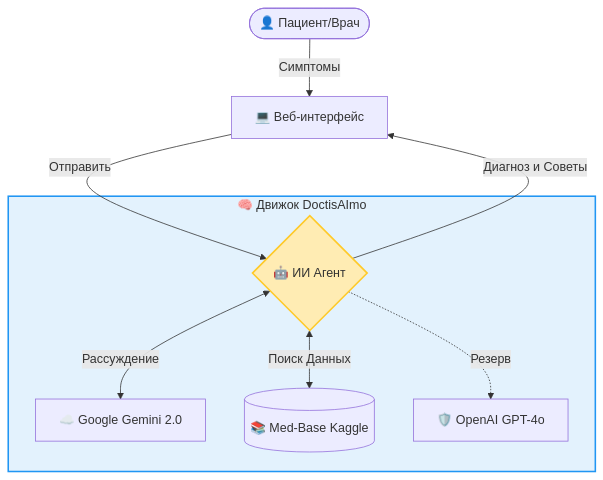
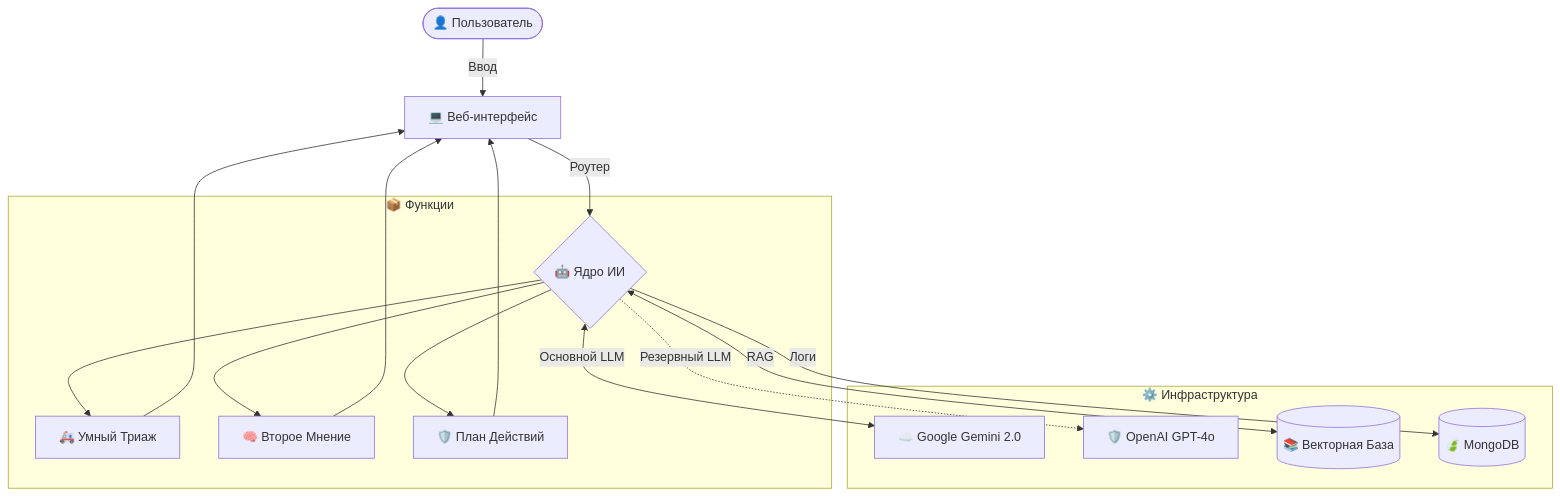
Before and after one commit to Adam-Blf/Projet-IA-Generative-Doctis-AI-mo: the sixth of 8 diagrams in README.md, drawn with Mermaid. The commit also changed other lines of this file, not shown here.

Commit message:
Docs: Center Align Header & Enhanced Dark-Mode Friendly Diagrams

````diff
--- a/README.md
+++ b/README.md
@@ -397,16 +411,20 @@
 ```mermaid
 graph TD
-    User([👤 Пациент/Врач]) -->|Симптомы| UI[💻 Веб-интерфейс];
-    UI -->|Отправить| Agent{🤖 ИИ Агент};
+    User([👤 Пользователь]) -->|Ввод| UI[💻 Веб-интерфейс];
+    UI -->|Роутер| Agent{🤖 Ядро ИИ};
     
-    subgraph Core [🧠 Движок DoctisAImo]
-        Agent <-->|Рассуждение| Gemini[☁️ Google Gemini 2.0];
-        Agent <-->|Поиск Данных| RAG[(📚 Med-Base Kaggle)];
-        Agent -.->|Резерв| GPT[🛡️ OpenAI GPT-4o];
+    subgraph Modules [📦 Функции]
+        Agent --> Triage[🚑 Умный Триаж];
+        Agent --> SecondOp[🧠 Второе Мнение];
+        Agent --> Plan[🛡️ План Действий];
+    end
+
+    subgraph Backend [⚙️ Инфраструктура]
+        Agent <-->|Основной LLM| Gemini[☁️ Google Gemini 2.0];
+        Agent -.->|Резервный LLM| GPT[🛡️ OpenAI GPT-4o];
+        Agent <-->|RAG| DB[(📚 Векторная База)];
+        Agent -->|Логи| Mongo[(🍃 MongoDB)];
     end
     
-    Agent -->|Диагноз и Советы| UI;
-    
-    style Core fill:#e3f2fd,stroke:#2196f3,stroke-width:2px
-    style Agent fill:#ffecb3,stroke:#ffca28,stroke-width:2px
+    Triage & SecondOp & Plan --> UI;
 ```
````
